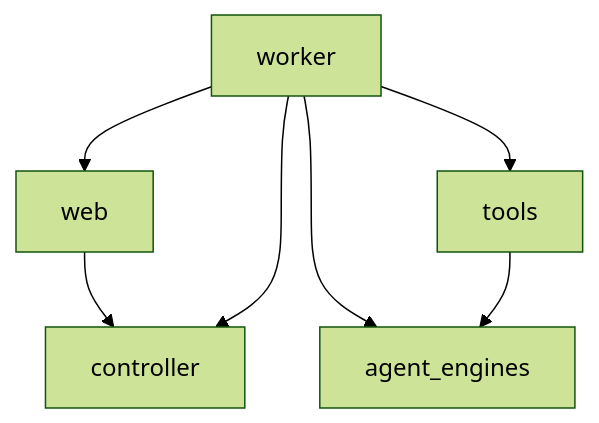
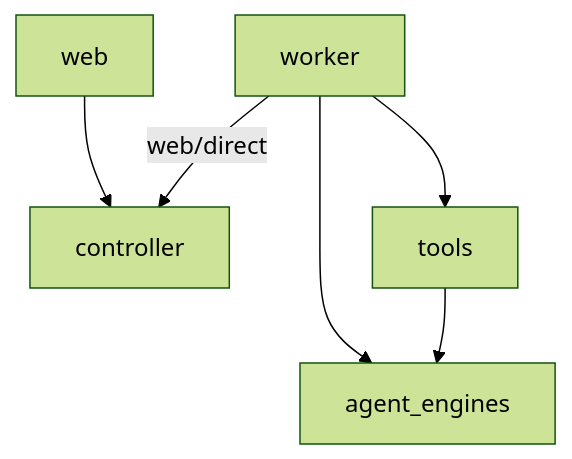
The diagram in docs/architecture/rules.md (open-shipyard/robinauts), drawn with Mermaid (forest theme) before and after one commit.

Commit message:
show the worker reaching the controller over web or directly
The diagram drops the worker -> web arrow and labels worker -> controller
"web/direct": the worker reaches the controller through the turn broker,
over web's HTTP or in the server's process.

Claude-Session: https://claude.ai/code/session_01CQgVmgm91Bvjpo8gER9dpx

````diff
--- a/docs/architecture/rules.md
+++ b/docs/architecture/rules.md
@@ -17,9 +17,8 @@
 ```mermaid
 flowchart TD
     web --> controller
-    worker --> controller
-    worker --> web
+    worker -- "web/direct" --> controller
     worker --> tools
     worker --> agent_engines
     tools --> agent_engines
 ```
````
